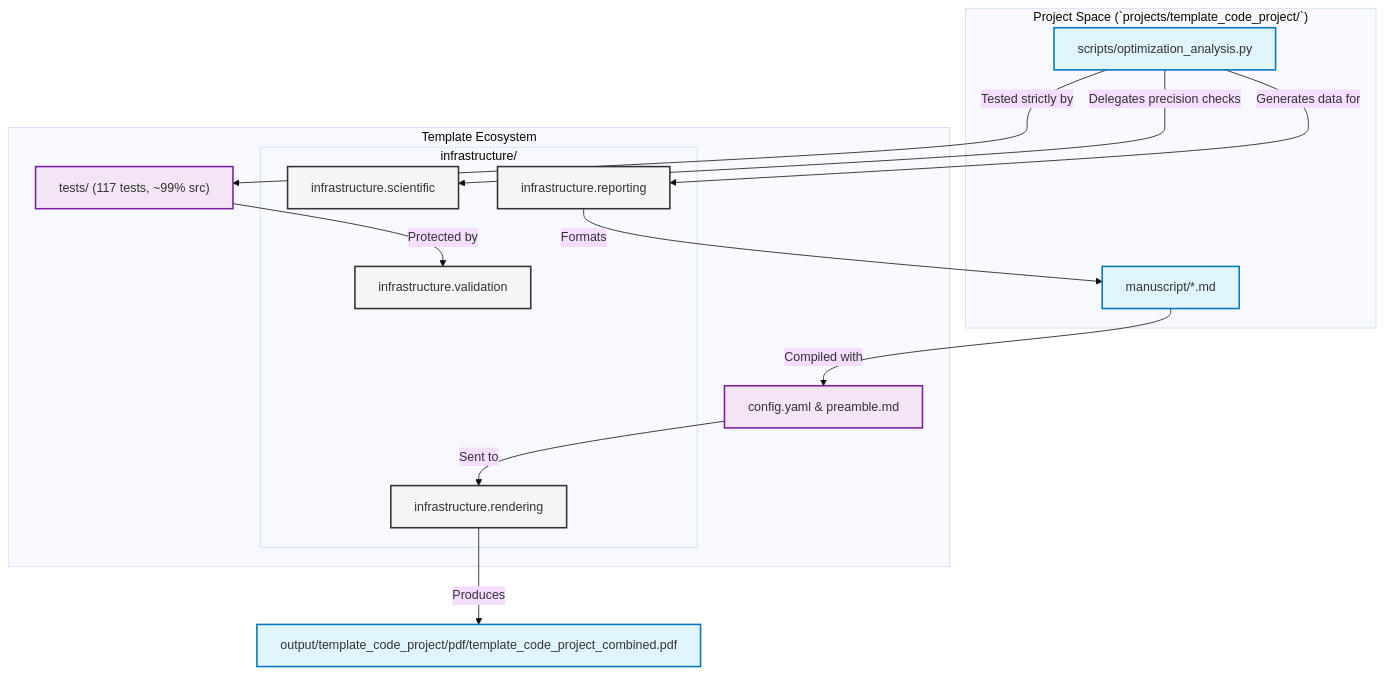
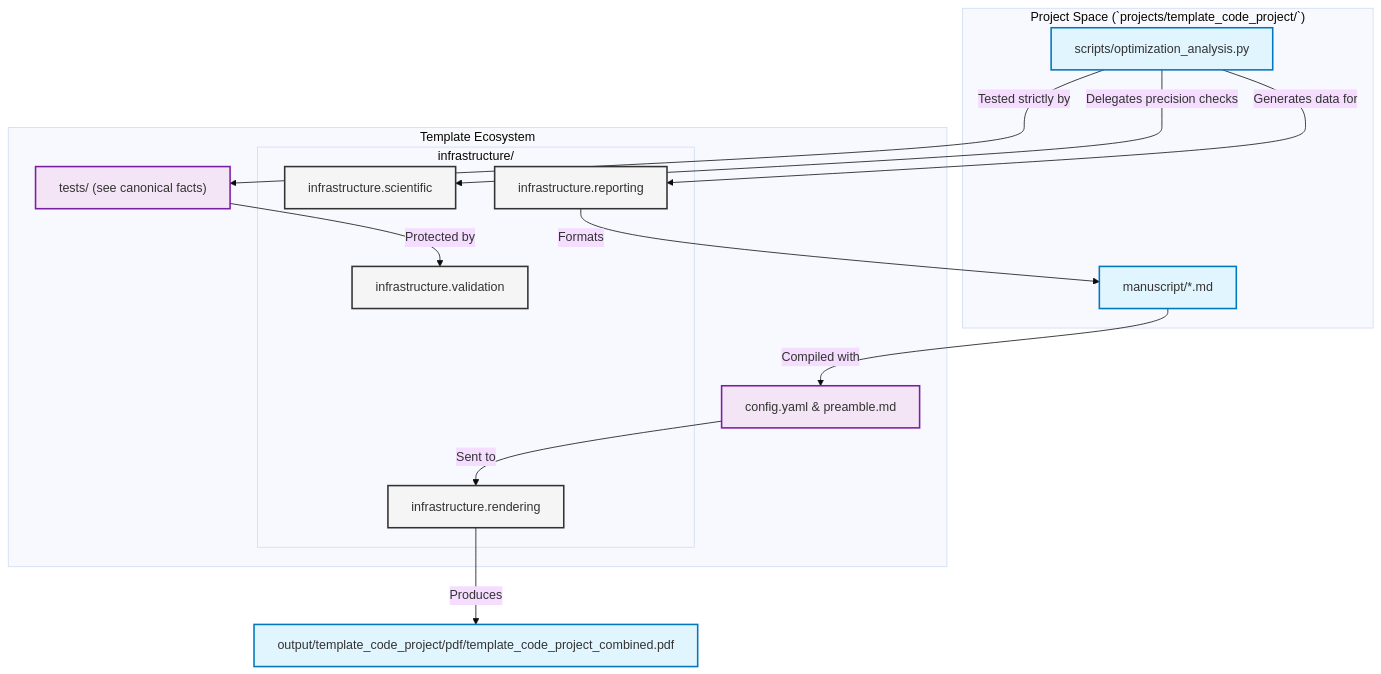
One commit to docxology/template changed the diagram in projects/template_code_project/manuscript/README.md. Above: the diagram before and after it, drawn with Mermaid (base theme). The commit also changed other lines of this file and 482 other files, not shown here.

````diff
--- a/projects/template_code_project/manuscript/README.md
+++ b/projects/template_code_project/manuscript/README.md
@@ -29,32 +29,32 @@
 ```mermaid
 graph TD
     classDef infra fill:#f5f5f5,stroke:#333,stroke-width:2px;
     classDef project fill:#e1f5fe,stroke:#0277bd,stroke-width:2px;
     classDef docs fill:#f3e5f5,stroke:#7b1fa2,stroke-width:2px;
 
     subgraph "Project Space (`projects/template_code_project/`)"
         Script["scripts/optimization_analysis.py"]:::project
         Manuscript["manuscript/*.md"]:::project
     end
 
     subgraph "Template Ecosystem"
-        Tests["tests/ (117 tests, ~99% src)"]:::docs
+        Tests["tests/ (see canonical facts)"]:::docs
         Config["config.yaml & preamble.md"]:::docs
         
         subgraph "`infrastructure/`"
             Validation["infrastructure.validation"]:::infra
             Scientific["infrastructure.scientific"]:::infra
             Reporting["infrastructure.reporting"]:::infra
             Rendering["infrastructure.rendering"]:::infra
         end
     end
 
     Script -->|Delegates precision checks| Scientific
     Script -->|Tested strictly by| Tests
     Tests -->|Protected by| Validation
     Script -->|Generates data for| Reporting
     Reporting -->|Formats| Manuscript
     Manuscript -->|Compiled with| Config
     Config -->|Sent to| Rendering
     Rendering -->|Produces| PDF["output/template_code_project/pdf/template_code_project_combined.pdf"]:::project
 ```
````
